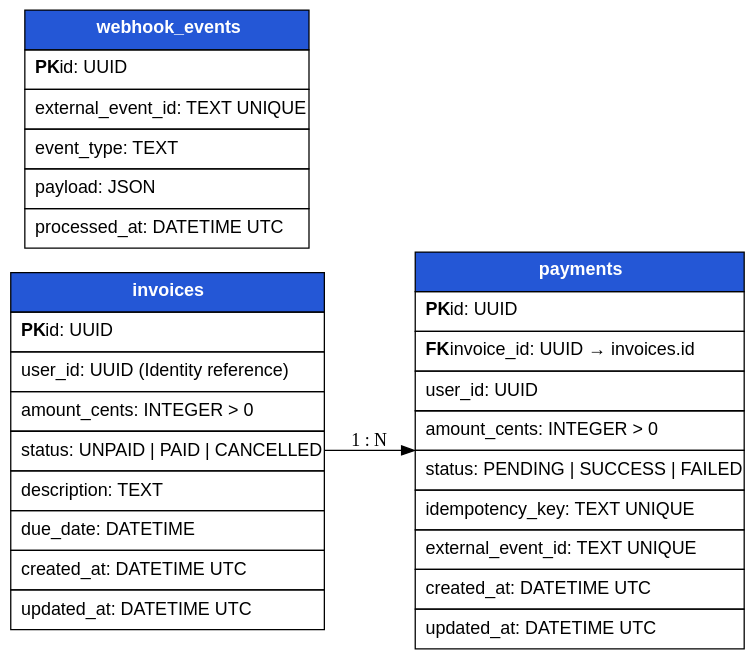
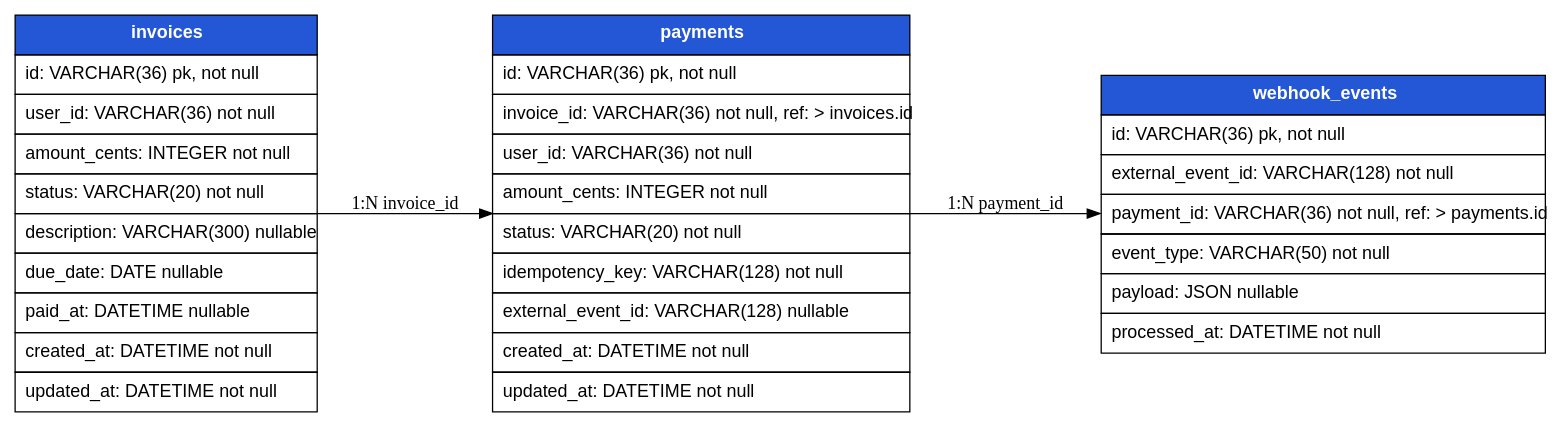
One commit to dydojopka/SmartCity changed the diagram in smart-city/database-design/billing/schema.dot. Above: the diagram before and after it, drawn with Graphviz. The commit also changed 15 other files, not shown here.

```diff
--- a/smart-city/database-design/billing/schema.dot
+++ b/smart-city/database-design/billing/schema.dot
@@ -1,46 +1,9 @@
-digraph billing_schema {
-  graph [rankdir=LR, bgcolor="transparent"];
-  node [shape=plain fontname="Arial"];
-
-  invoices [label=<
-    <TABLE BORDER="0" CELLBORDER="1" CELLSPACING="0" CELLPADDING="7">
-      <TR><TD BGCOLOR="#2457d6"><FONT COLOR="white"><B>invoices</B></FONT></TD></TR>
-      <TR><TD ALIGN="LEFT"><B>PK</B> id: UUID</TD></TR>
-      <TR><TD ALIGN="LEFT">user_id: UUID (Identity reference)</TD></TR>
-      <TR><TD ALIGN="LEFT">amount_cents: INTEGER &gt; 0</TD></TR>
-      <TR><TD ALIGN="LEFT">status: UNPAID | PAID | CANCELLED</TD></TR>
-      <TR><TD ALIGN="LEFT">description: TEXT</TD></TR>
-      <TR><TD ALIGN="LEFT">due_date: DATETIME</TD></TR>
-      <TR><TD ALIGN="LEFT">created_at: DATETIME UTC</TD></TR>
-      <TR><TD ALIGN="LEFT">updated_at: DATETIME UTC</TD></TR>
-    </TABLE>
-  >];
-
-  payments [label=<
-    <TABLE BORDER="0" CELLBORDER="1" CELLSPACING="0" CELLPADDING="7">
-      <TR><TD BGCOLOR="#2457d6"><FONT COLOR="white"><B>payments</B></FONT></TD></TR>
-      <TR><TD ALIGN="LEFT"><B>PK</B> id: UUID</TD></TR>
-      <TR><TD ALIGN="LEFT"><B>FK</B> invoice_id: UUID → invoices.id</TD></TR>
-      <TR><TD ALIGN="LEFT">user_id: UUID</TD></TR>
-      <TR><TD ALIGN="LEFT">amount_cents: INTEGER &gt; 0</TD></TR>
-      <TR><TD ALIGN="LEFT">status: PENDING | SUCCESS | FAILED</TD></TR>
-      <TR><TD ALIGN="LEFT">idempotency_key: TEXT UNIQUE</TD></TR>
-      <TR><TD ALIGN="LEFT">external_event_id: TEXT UNIQUE</TD></TR>
-      <TR><TD ALIGN="LEFT">created_at: DATETIME UTC</TD></TR>
-      <TR><TD ALIGN="LEFT">updated_at: DATETIME UTC</TD></TR>
-    </TABLE>
-  >];
-
-  webhook_events [label=<
-    <TABLE BORDER="0" CELLBORDER="1" CELLSPACING="0" CELLPADDING="7">
-      <TR><TD BGCOLOR="#2457d6"><FONT COLOR="white"><B>webhook_events</B></FONT></TD></TR>
-      <TR><TD ALIGN="LEFT"><B>PK</B> id: UUID</TD></TR>
-      <TR><TD ALIGN="LEFT">external_event_id: TEXT UNIQUE</TD></TR>
-      <TR><TD ALIGN="LEFT">event_type: TEXT</TD></TR>
-      <TR><TD ALIGN="LEFT">payload: JSON</TD></TR>
-      <TR><TD ALIGN="LEFT">processed_at: DATETIME UTC</TD></TR>
-    </TABLE>
-  >];
-
-  invoices -> payments [label="1 : N"];
+digraph schema {
+graph [rankdir=LR, bgcolor="white"];
+node [shape=plain fontname="Arial"];
+invoices [label=<<TABLE BORDER="0" CELLBORDER="1" CELLSPACING="0" CELLPADDING="7"><TR><TD BGCOLOR="#2457d6"><FONT COLOR="white"><B>invoices</B></FONT></TD></TR><TR><TD ALIGN="LEFT">id: VARCHAR(36) pk, not null</TD></TR><TR><TD ALIGN="LEFT">user_id: VARCHAR(36) not null</TD></TR><TR><TD ALIGN="LEFT">amount_cents: INTEGER not null</TD></TR><TR><TD ALIGN="LEFT">status: VARCHAR(20) not null</TD></TR><TR><TD ALIGN="LEFT">description: VARCHAR(300) nullable</TD></TR><TR><TD ALIGN="LEFT">due_date: DATE nullable</TD></TR><TR><TD ALIGN="LEFT">paid_at: DATETIME nullable</TD></TR><TR><TD ALIGN="LEFT">created_at: DATETIME not null</TD></TR><TR><TD ALIGN="LEFT">updated_at: DATETIME not null</TD></TR></TABLE>>];
+payments [label=<<TABLE BORDER="0" CELLBORDER="1" CELLSPACING="0" CELLPADDING="7"><TR><TD BGCOLOR="#2457d6"><FONT COLOR="white"><B>payments</B></FONT></TD></TR><TR><TD ALIGN="LEFT">id: VARCHAR(36) pk, not null</TD></TR><TR><TD ALIGN="LEFT">invoice_id: VARCHAR(36) not null, ref: &gt; invoices.id</TD></TR><TR><TD ALIGN="LEFT">user_id: VARCHAR(36) not null</TD></TR><TR><TD ALIGN="LEFT">amount_cents: INTEGER not null</TD></TR><TR><TD ALIGN="LEFT">status: VARCHAR(20) not null</TD></TR><TR><TD ALIGN="LEFT">idempotency_key: VARCHAR(128) not null</TD></TR><TR><TD ALIGN="LEFT">external_event_id: VARCHAR(128) nullable</TD></TR><TR><TD ALIGN="LEFT">created_at: DATETIME not null</TD></TR><TR><TD ALIGN="LEFT">updated_at: DATETIME not null</TD></TR></TABLE>>];
+invoices -> payments [label="1:N invoice_id"];
+webhook_events [label=<<TABLE BORDER="0" CELLBORDER="1" CELLSPACING="0" CELLPADDING="7"><TR><TD BGCOLOR="#2457d6"><FONT COLOR="white"><B>webhook_events</B></FONT></TD></TR><TR><TD ALIGN="LEFT">id: VARCHAR(36) pk, not null</TD></TR><TR><TD ALIGN="LEFT">external_event_id: VARCHAR(128) not null</TD></TR><TR><TD ALIGN="LEFT">payment_id: VARCHAR(36) not null, ref: &gt; payments.id</TD></TR><TR><TD ALIGN="LEFT">event_type: VARCHAR(50) not null</TD></TR><TR><TD ALIGN="LEFT">payload: JSON nullable</TD></TR><TR><TD ALIGN="LEFT">processed_at: DATETIME not null</TD></TR></TABLE>>];
+payments -> webhook_events [label="1:N payment_id"];
 }
```
